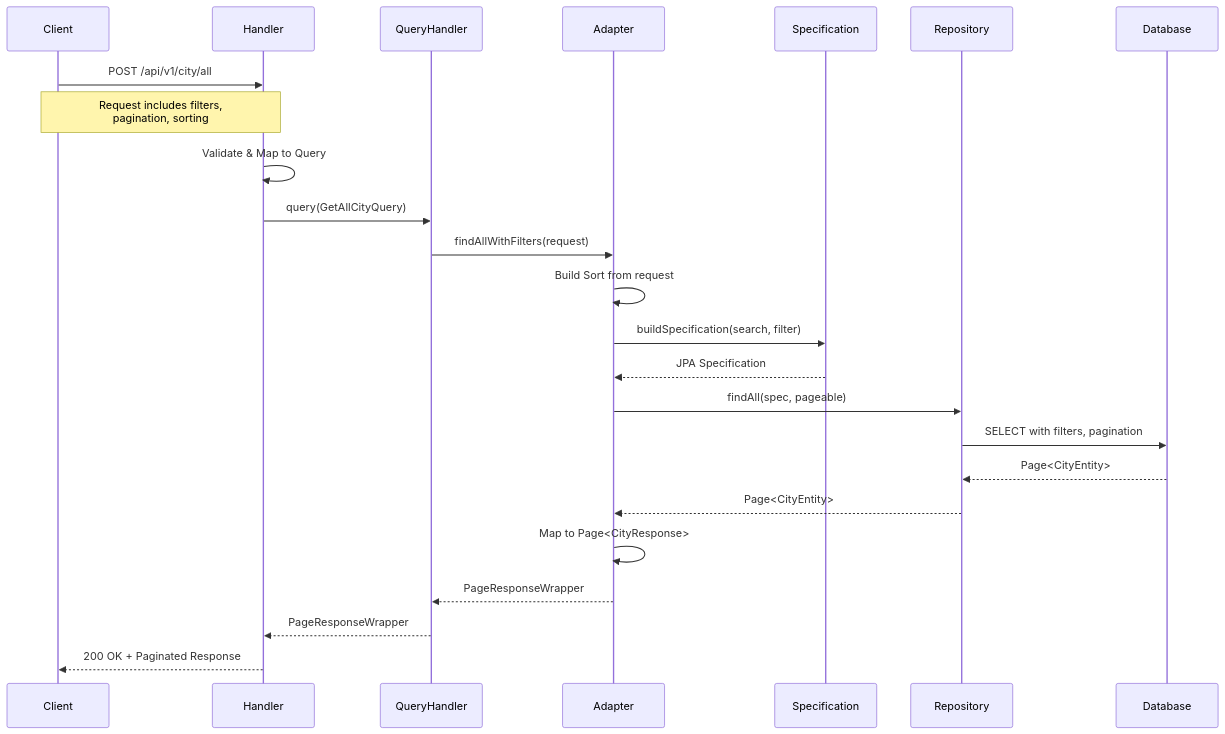
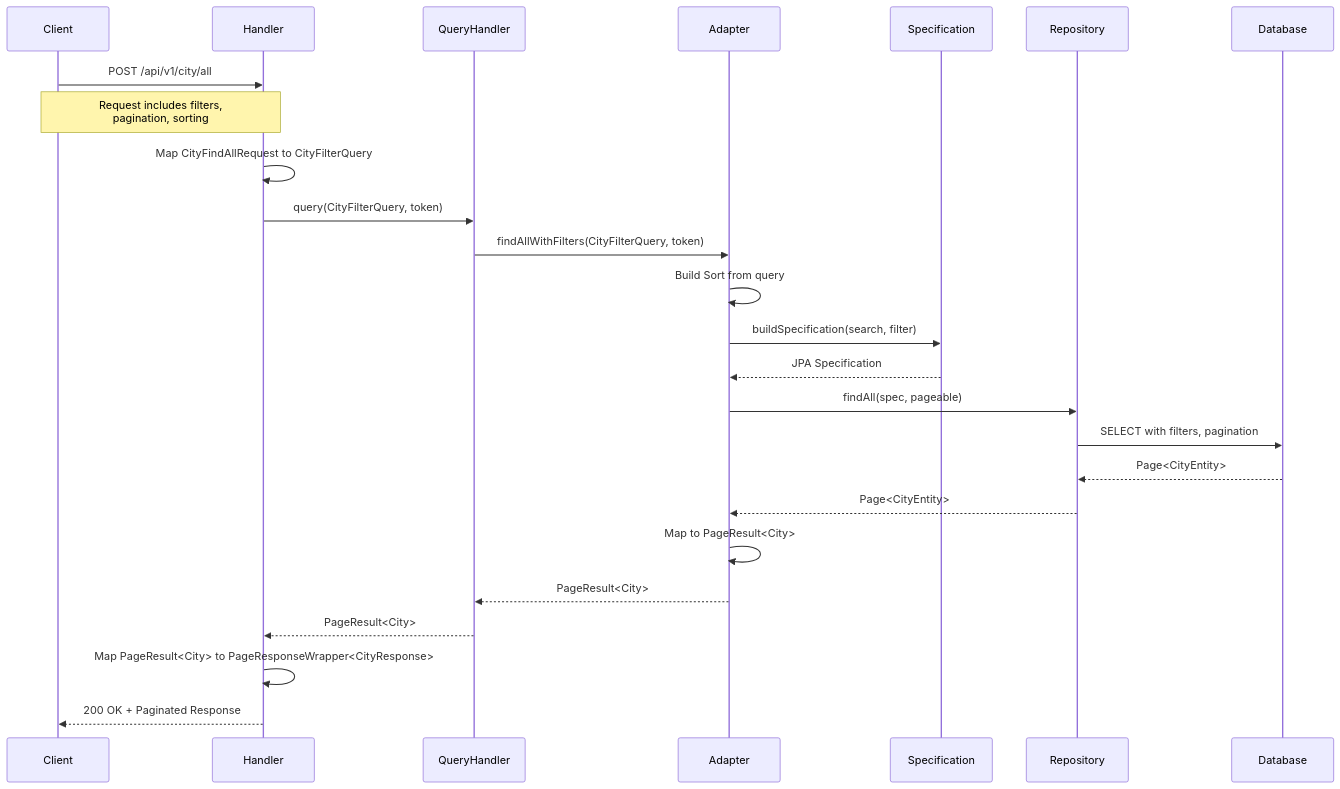
Before and after one commit to rajib-reea/spring-hexagonal-pjt: the third of 3 diagrams in PRESENTATION.md, drawn with Mermaid. The commit also changed other lines of this file and 2 other files, not shown here.

````diff
--- a/PRESENTATION.md
+++ b/PRESENTATION.md
@@ -665,27 +675,28 @@
 ```mermaid
 sequenceDiagram
     participant Client
     participant Handler
     participant QueryHandler
     participant Adapter
     participant Specification
     participant Repository
     participant Database
 
     Client->>Handler: POST /api/v1/city/all
     Note over Client,Handler: Request includes filters,<br/>pagination, sorting
-    Handler->>Handler: Validate & Map to Query
-    Handler->>QueryHandler: query(GetAllCityQuery)
-    QueryHandler->>Adapter: findAllWithFilters(request)
-    Adapter->>Adapter: Build Sort from request
+    Handler->>Handler: Map CityFindAllRequest to CityFilterQuery
+    Handler->>QueryHandler: query(CityFilterQuery, token)
+    QueryHandler->>Adapter: findAllWithFilters(CityFilterQuery, token)
+    Adapter->>Adapter: Build Sort from query
     Adapter->>Specification: buildSpecification(search, filter)
     Specification-->>Adapter: JPA Specification
     Adapter->>Repository: findAll(spec, pageable)
     Repository->>Database: SELECT with filters, pagination
     Database-->>Repository: Page<CityEntity>
     Repository-->>Adapter: Page<CityEntity>
-    Adapter->>Adapter: Map to Page<CityResponse>
-    Adapter-->>QueryHandler: PageResponseWrapper
-    QueryHandler-->>Handler: PageResponseWrapper
+    Adapter->>Adapter: Map to PageResult<City>
+    Adapter-->>QueryHandler: PageResult<City>
+    QueryHandler-->>Handler: PageResult<City>
+    Handler->>Handler: Map PageResult<City> to PageResponseWrapper<CityResponse>
     Handler-->>Client: 200 OK + Paginated Response
 ```
````
